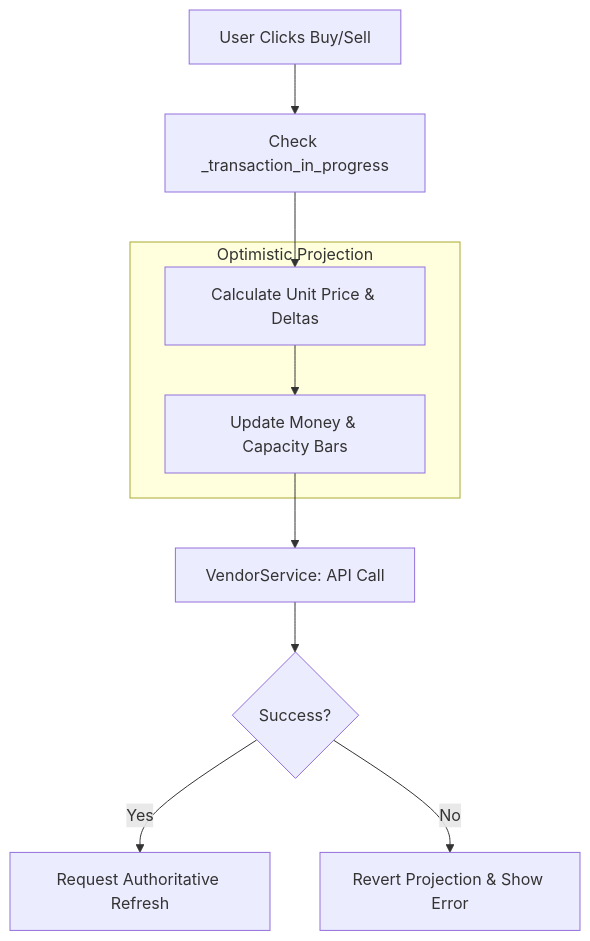
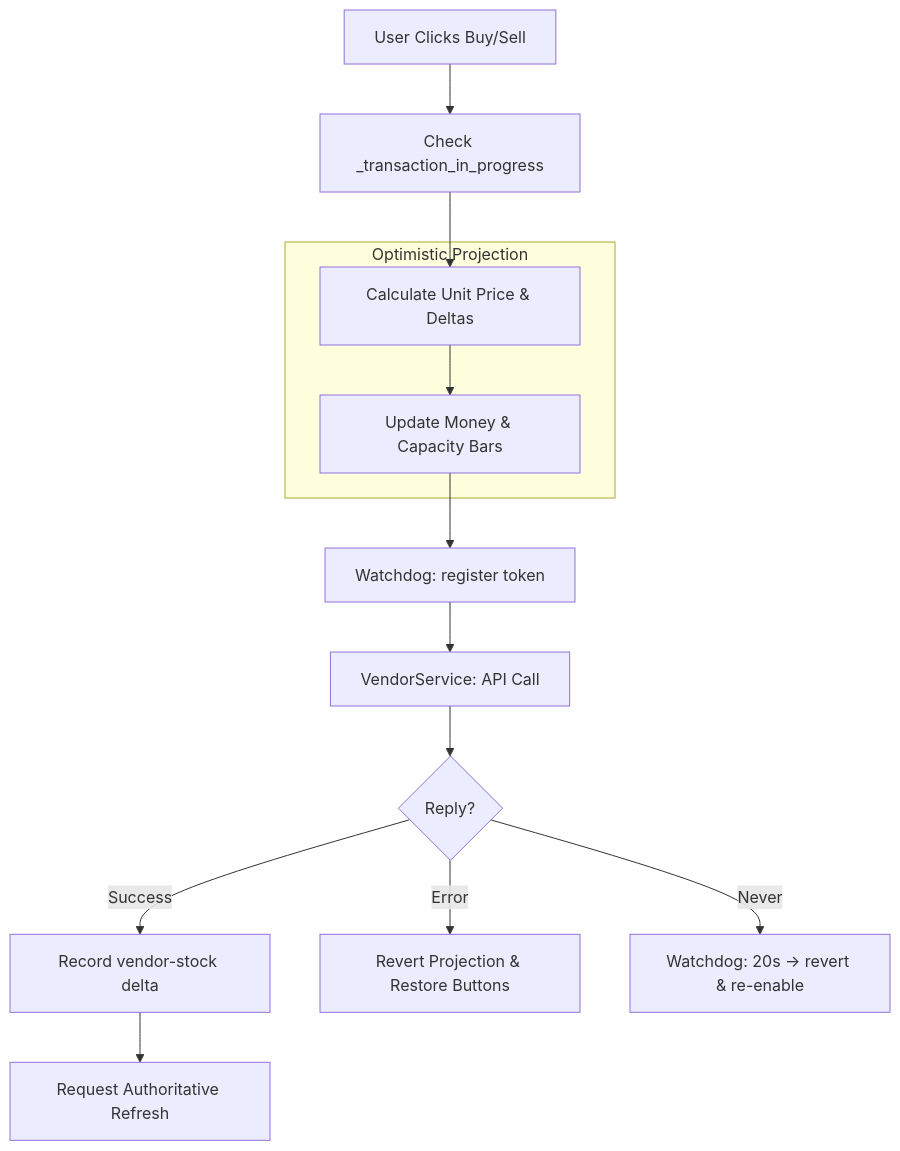
Before and after one commit to OoriData/DF_Godot: the diagram in docs/02_UI_UX/VendorPanel/Transactions.md, drawn with Mermaid. The commit also changed other lines of this file and 15 other files, not shown here.

````diff
--- a/docs/02_UI_UX/VendorPanel/Transactions.md
+++ b/docs/02_UI_UX/VendorPanel/Transactions.md
@@ -21,15 +21,17 @@
 ```mermaid
 graph TD
     Click[User Clicks Buy/Sell] --> Guard[Check _transaction_in_progress]
     Guard --> Math[Calculate Unit Price & Deltas]
     
     subgraph Projection [Optimistic Projection]
     Math --> Project[Update Money & Capacity Bars]
     end
     
-    Project --> Dispatch[VendorService: API Call]
-    Dispatch --> Result{Success?}
+    Project --> Register[Watchdog: register token]
+    Register --> Dispatch[VendorService: API Call]
+    Dispatch --> Result{Reply?}
     
-    Result -->|Yes| Refresh[Request Authoritative Refresh]
-    Result -->|No| Revert[Revert Projection & Show Error]
+    Result -->|Success| Stock[Record vendor-stock delta] --> Refresh[Request Authoritative Refresh]
+    Result -->|Error| Revert[Revert Projection & Restore Buttons]
+    Result -->|Never| Timeout[Watchdog: 20s → revert & re-enable]
 ```
````
